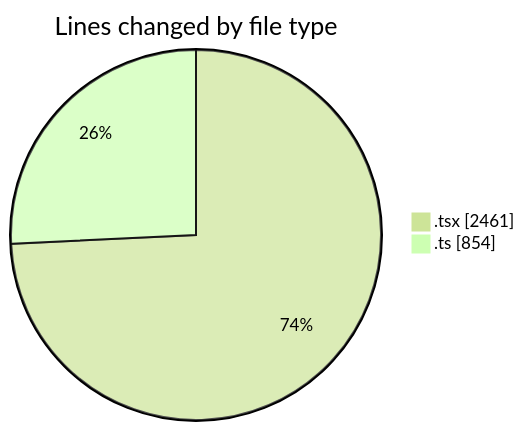
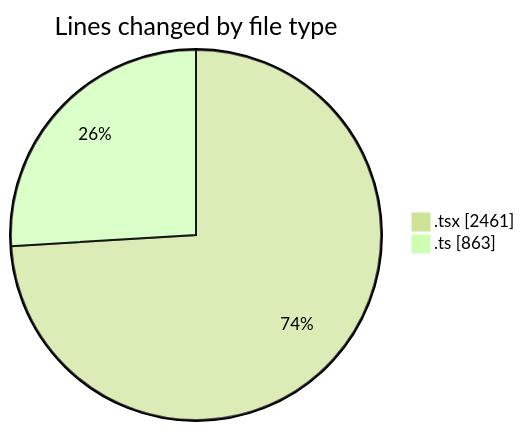
One commit to nxtqubesakshisongat/code-tracking changed the first of 2 diagrams in 2026-02-19/nxtqube_webapp/README.md. Above: the diagram before and after it, drawn with Mermaid (forest theme). The commit also changed other lines of this file and 1 other file, not shown here.

````diff
--- a/2026-02-19/nxtqube_webapp/README.md
+++ b/2026-02-19/nxtqube_webapp/README.md
@@ -26,6 +26,6 @@
 ```mermaid
 pie showData
 title Lines changed by file type
 ".tsx" : 2461
-".ts" : 854
+".ts" : 863
 ```
````
